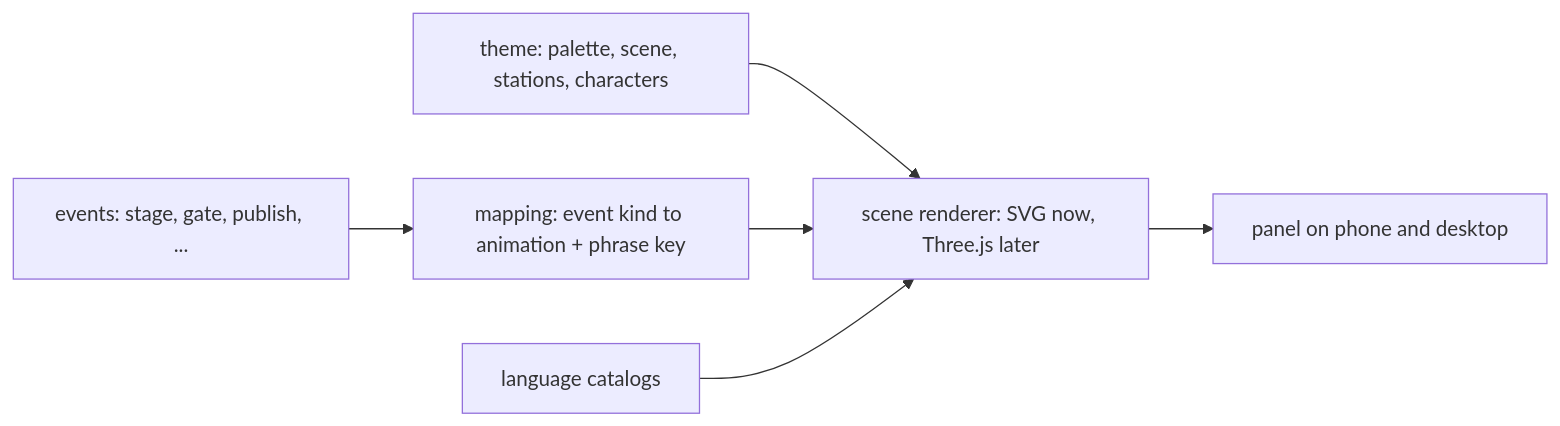
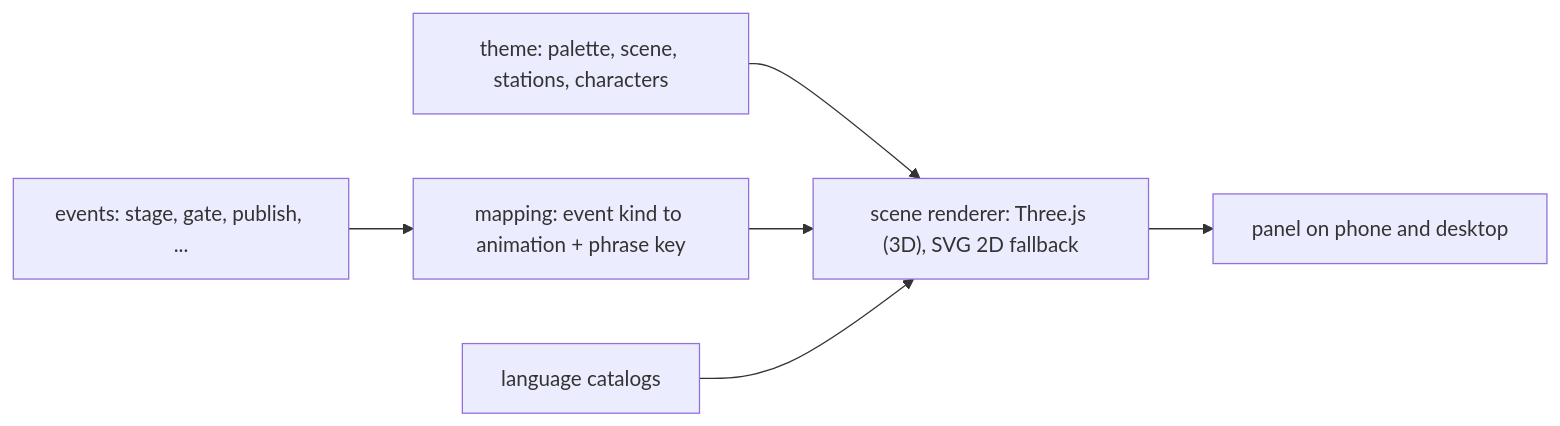
The fifth of 6 diagrams in README.md (simpletibr/simplicio-videos), drawn with Mermaid before and after one commit. The commit also changed other lines of this file and 36 other files, not shown here.

````diff
--- a/README.md
+++ b/README.md
@@ -103,8 +103,8 @@
 ```mermaid
 flowchart LR
   E["events: stage, gate, publish, ..."] --> M["mapping: event kind to animation + phrase key"]
-  T["theme: palette, scene, stations, characters"] --> R["scene renderer: SVG now, Three.js later"]
+  T["theme: palette, scene, stations, characters"] --> R["scene renderer: Three.js (3D), SVG 2D fallback"]
   M --> R
   L["language catalogs"] --> R
   R --> UI["panel on phone and desktop"]
 ```
````
